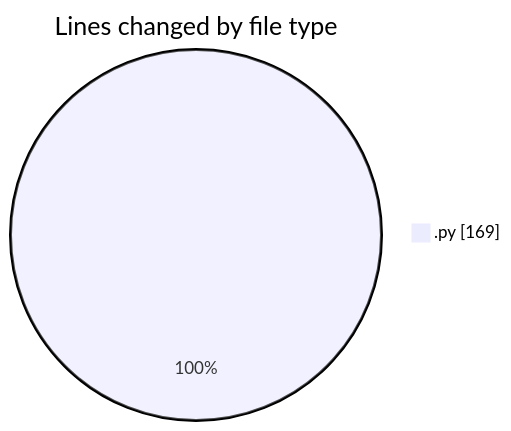
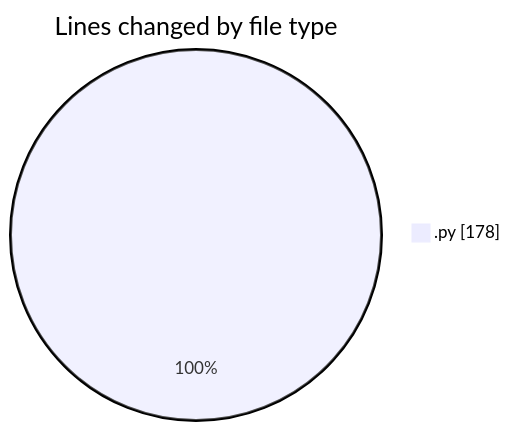
Before and after one commit to MatusMokan/code-tracking: the first of 2 diagrams in 2025-03-21/myws__workspace_/README.md, drawn with Mermaid. The commit also changed other lines of this file and 1 other file, not shown here.

````diff
--- a/2025-03-21/myws__workspace_/README.md
+++ b/2025-03-21/myws__workspace_/README.md
@@ -20,5 +20,5 @@
 ```mermaid
 pie showData
 title Lines changed by file type
-".py" : 169
+".py" : 178
 ```
````
